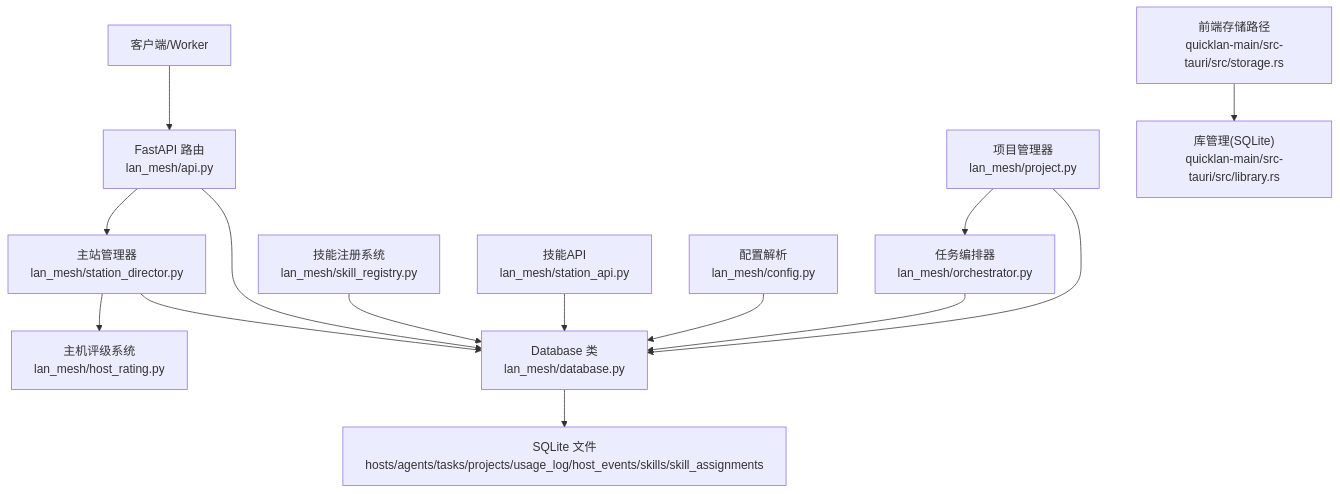
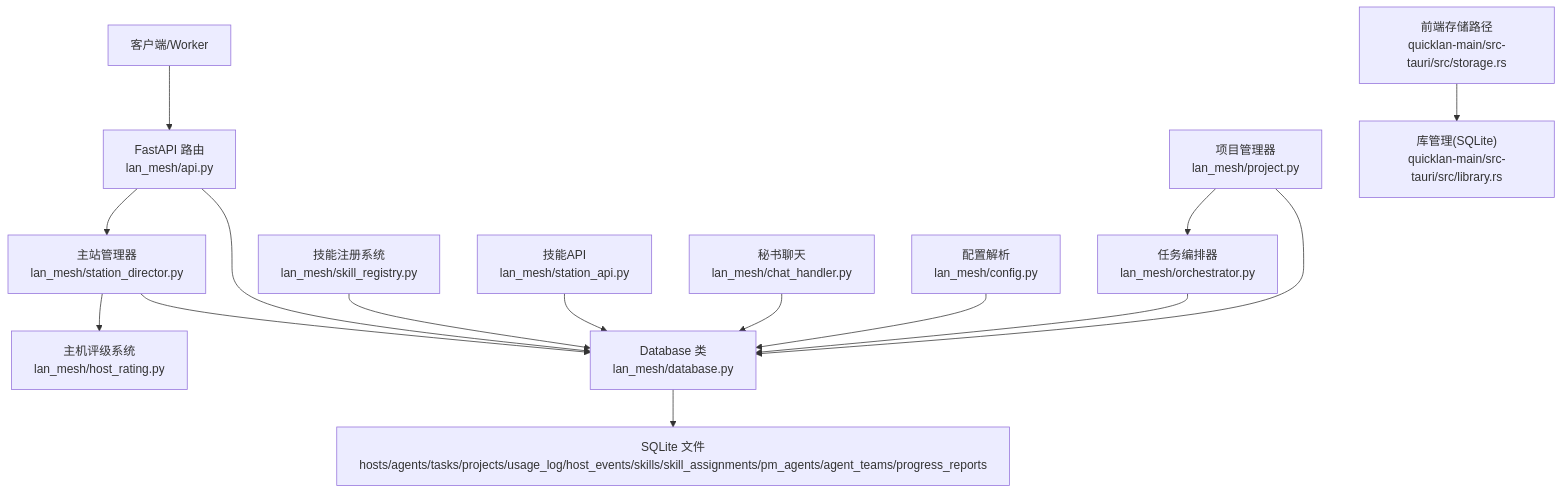
The second of 5 diagrams in .qoder/repowiki/zh/content/核心模块/数据库设计.md (targalian/Personal-distributed-workstation), drawn with Mermaid before and after one commit. The commit also changed other lines of this file and 60 other files, not shown here.

````diff
--- a/.qoder/repowiki/zh/content/核心模块/数据库设计.md
+++ b/.qoder/repowiki/zh/content/核心模块/数据库设计.md
@@ -158,16 +147,17 @@
 ```mermaid
 graph TB
 Client["客户端/Worker"] --> API["FastAPI 路由<br/>lan_mesh/api.py"]
 API --> DB["Database 类<br/>lan_mesh/database.py"]
-DB --> SQLite["SQLite 文件<br/>hosts/agents/tasks/projects/usage_log/host_events/skills/skill_assignments"]
+DB --> SQLite["SQLite 文件<br/>hosts/agents/tasks/projects/usage_log/host_events/skills/skill_assignments/pm_agents/agent_teams/progress_reports"]
 StationDir["主站管理器<br/>lan_mesh/station_director.py"] --> DB
 StationDir --> HostRating["主机评级系统<br/>lan_mesh/host_rating.py"]
 API --> StationDir
 ProjectMgr["项目管理器<br/>lan_mesh/project.py"] --> DB
 ProjectMgr --> Orchestrator["任务编排器<br/>lan_mesh/orchestrator.py"]
 Orchestrator --> DB
 SkillReg["技能注册系统<br/>lan_mesh/skill_registry.py"] --> DB
 SkillAPI["技能API<br/>lan_mesh/station_api.py"] --> DB
+ChatHandler["秘书聊天<br/>lan_mesh/chat_handler.py"] --> DB
 Config["配置解析<br/>lan_mesh/config.py"] --> DB
 FrontStorage["前端存储路径<br/>quicklan-main/src-tauri/src/storage.rs"] --> Lib["库管理(SQLite)<br/>quicklan-main/src-tauri/src/library.rs"]
 ```
````
